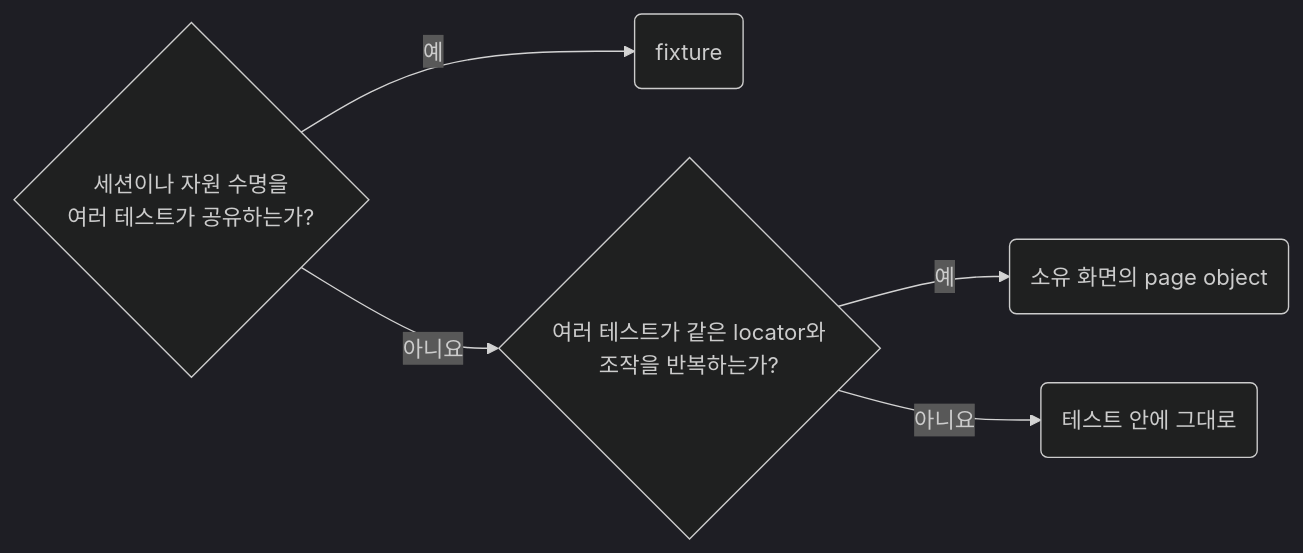
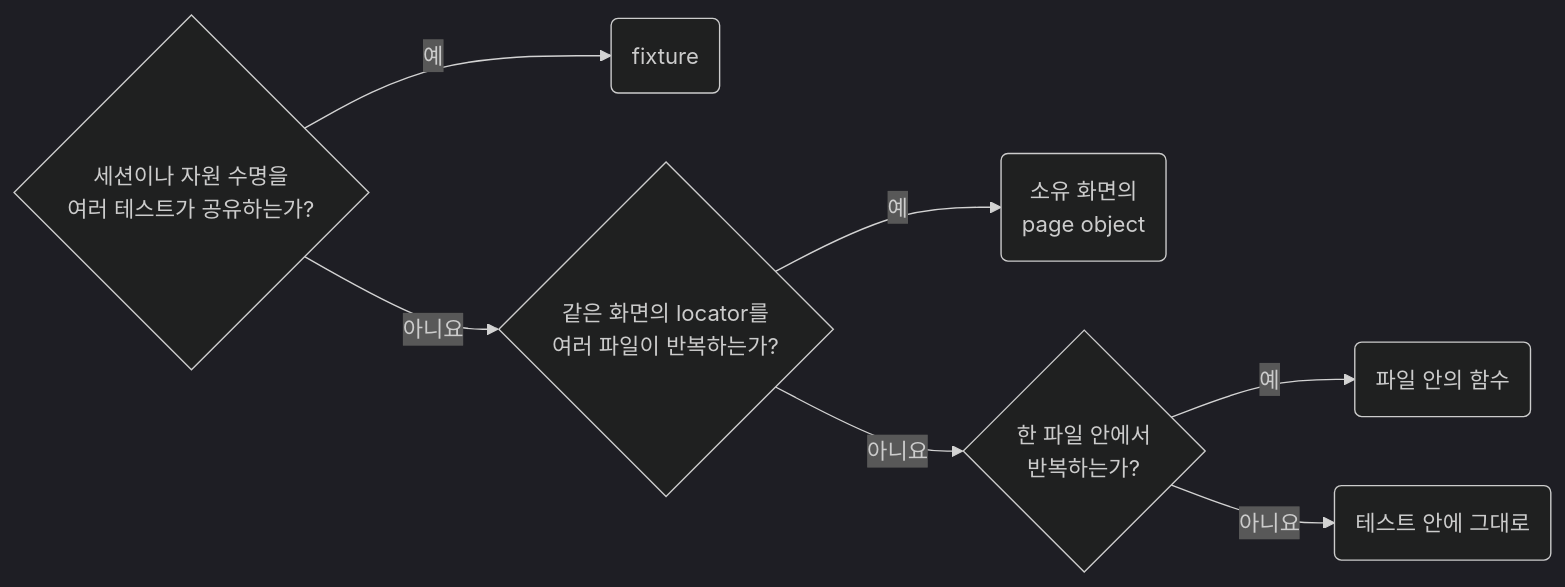
The diagram in skill/testing/contracts/playwright-share-fixtures-and-page-objects-at-real-boundaries.md (nomeehej/agent-conventions), drawn with Mermaid (dark theme) before and after one commit. The commit also changed other lines of this file and 74 other files, not shown here.

````diff
--- a/skill/testing/contracts/playwright-share-fixtures-and-page-objects-at-real-boundaries.md
+++ b/skill/testing/contracts/playwright-share-fixtures-and-page-objects-at-real-boundaries.md
@@ -8,6 +9,7 @@
 ```mermaid
 flowchart LR
 	q1{"세션이나 자원 수명을<br>여러 테스트가 공유하는가?"} -- 예 --> r1("fixture")
-	q1 -- 아니요 --> q2{"여러 테스트가 같은 locator와<br>조작을 반복하는가?"} -- 예 --> r2("소유 화면의 page object")
-	q2 -- 아니요 --> r3("테스트 안에 그대로")
+	q1 -- 아니요 --> q2{"같은 화면의 locator를<br>여러 파일이 반복하는가?"} -- 예 --> r2("소유 화면의<br>page object")
+	q2 -- 아니요 --> q3{"한 파일 안에서<br>반복하는가?"} -- 예 --> r3("파일 안의 함수")
+	q3 -- 아니요 --> r4("테스트 안에 그대로")
 ```
````
